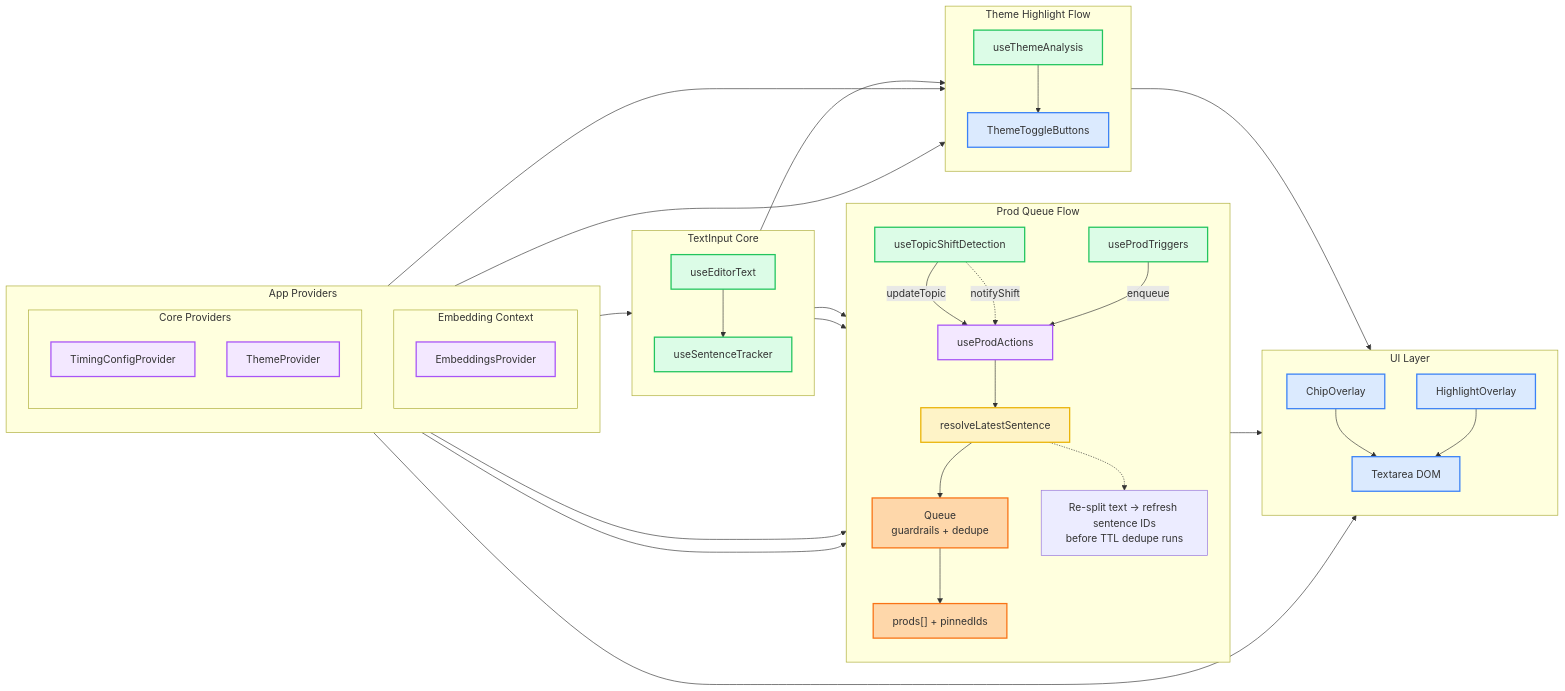
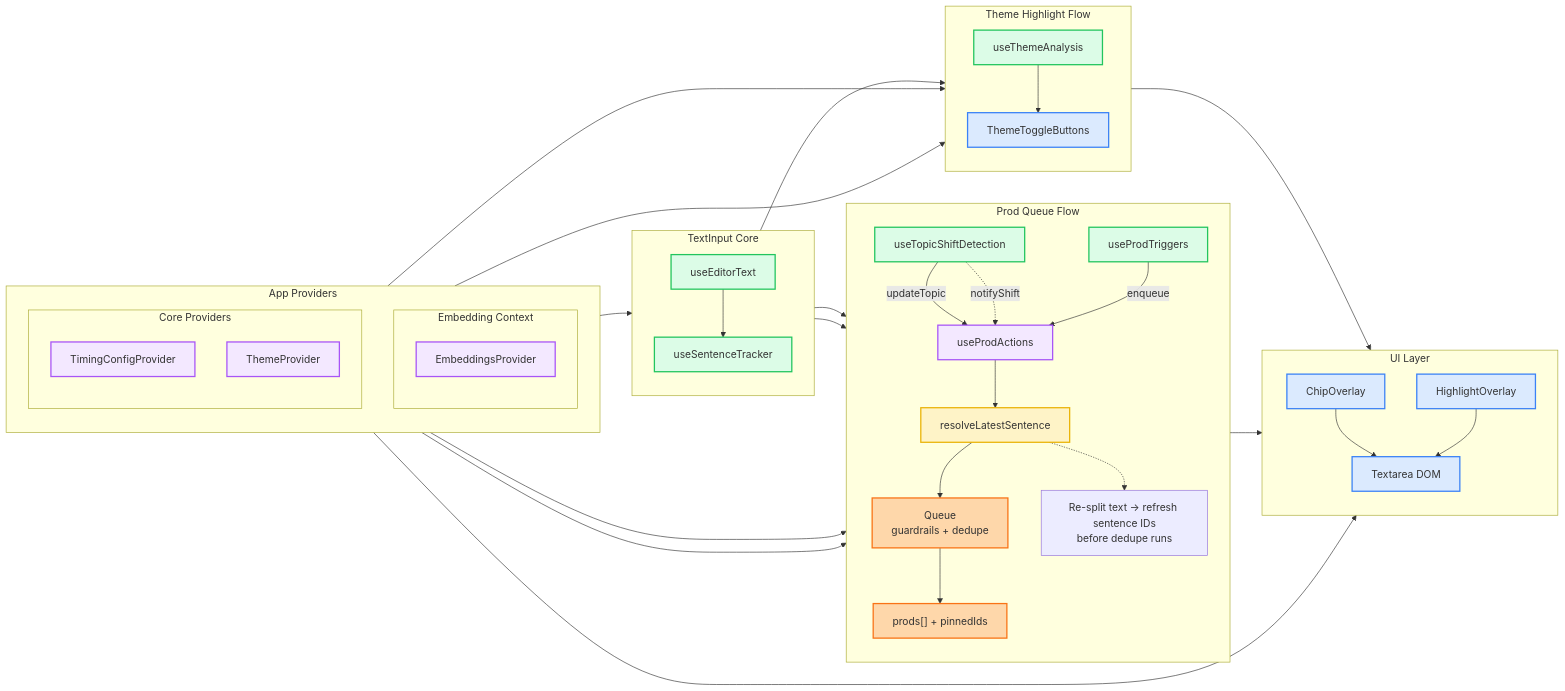
One commit to andreicstoica/refract changed the diagram in docs/diagrams/feature-flow.mmd. Above: the diagram before and after it, drawn with Mermaid. The commit also changed 4 other files, not shown here.

```diff
--- a/docs/diagrams/feature-flow.mmd
+++ b/docs/diagrams/feature-flow.mmd
@@ -1,83 +1,83 @@
 flowchart LR
   classDef uiClass fill:#dbeafe,stroke:#3b82f6,stroke-width:2px
   classDef hookClass fill:#dcfce7,stroke:#22c55e,stroke-width:2px
   classDef providerClass fill:#f3e8ff,stroke:#a855f7,stroke-width:2px
   classDef queueClass fill:#fed7aa,stroke:#f97316,stroke-width:2px
   classDef ruleClass fill:#fef3c7,stroke:#eab308,stroke-width:2px
 
   subgraph Providers["App Providers"]
     direction TB
     subgraph EmbeddingsLayer["Embedding Context"]
       direction TB
       Embeddings["EmbeddingsProvider"]
     end
     subgraph CoreProviders["Core Providers"]
       direction TB
       Timing["TimingConfigProvider"]
       Theme["ThemeProvider"]
     end
   end
 
   subgraph EditorCore["TextInput Core"]
     direction TB
     EditorText["useEditorText"]
     SentenceTracker["useSentenceTracker"]
   end
   
   subgraph ProdFlow["Prod Queue Flow"]
     direction TB
     TopicShift["useTopicShiftDetection"]
     ProdTriggers["useProdTriggers"]
     Actions["useProdActions"]
     SentenceResolver["resolveLatestSentence"]
     Queue["Queue<br/>guardrails + dedupe"]
     State["prods[] + pinnedIds"]
     
     TopicShift -->|updateTopic| Actions
     TopicShift -.->|notifyShift| Actions
     ProdTriggers -->|enqueue| Actions
     Actions --> SentenceResolver
     SentenceResolver --> Queue
     Queue --> State
-    SentenceResolver -.-> SentenceResolverNote["Re-split text → refresh sentence IDs<br/>before TTL dedupe runs"]
+    SentenceResolver -.-> SentenceResolverNote["Re-split text → refresh sentence IDs<br/>before dedupe runs"]
   end
   
   subgraph ThemeFlow["Theme Highlight Flow"]
     direction TB
     ThemeToggles["ThemeToggleButtons"]
     ThemeAnalysis["useThemeAnalysis"]
     
     ThemeAnalysis --> ThemeToggles
   end
   
   subgraph UI["UI Layer"]
     direction TB
     Chips["ChipOverlay"]
     Highlights["HighlightOverlay"]
     TextArea["Textarea DOM"]
   end
   
   Providers --> EditorText
   
   EditorText --> TopicShift
   EditorText --> SentenceTracker
   SentenceTracker --> ProdTriggers
   SentenceTracker --> ThemeAnalysis
   
   Timing --> ProdTriggers
   Timing --> Queue
   
   Embeddings --> ThemeAnalysis
   Theme --> ThemeToggles
   Theme --> Highlights
   
   State --> Chips
   Chips --> TextArea
   ThemeAnalysis --> Highlights
   Highlights --> TextArea
   
   class EditorText,SentenceTracker,TopicShift,ProdTriggers,ThemeAnalysis hookClass
   class Embeddings,Timing,Theme,Actions providerClass
   class SentenceResolver ruleClass
   class Queue,State queueClass
   class Chips,Highlights,TextArea,ThemeToggles uiClass
```
